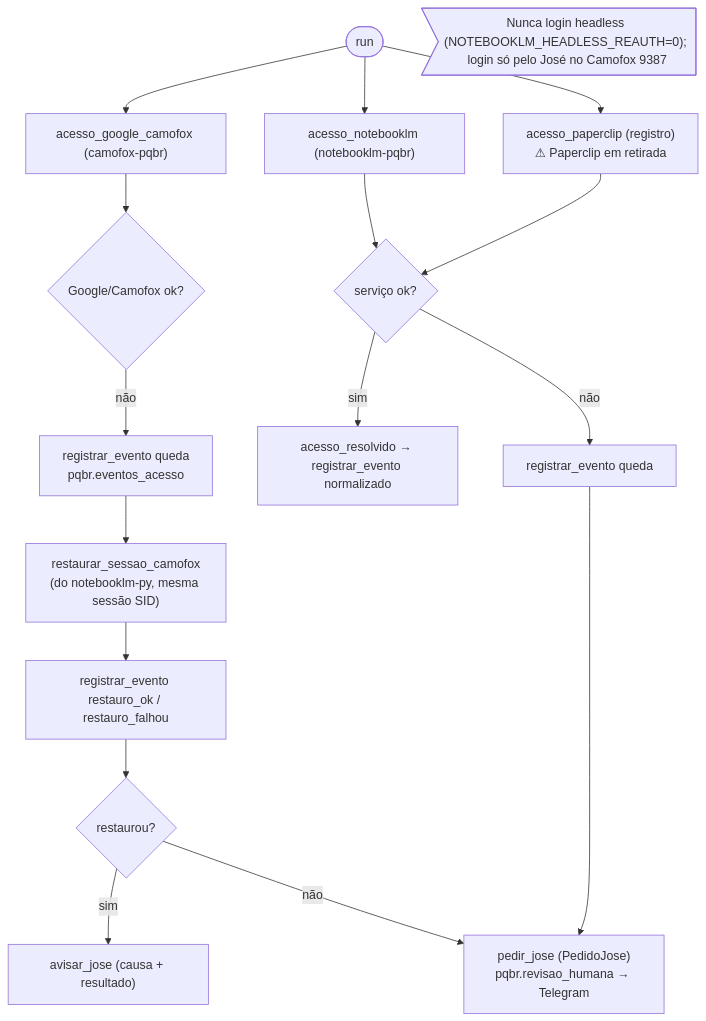
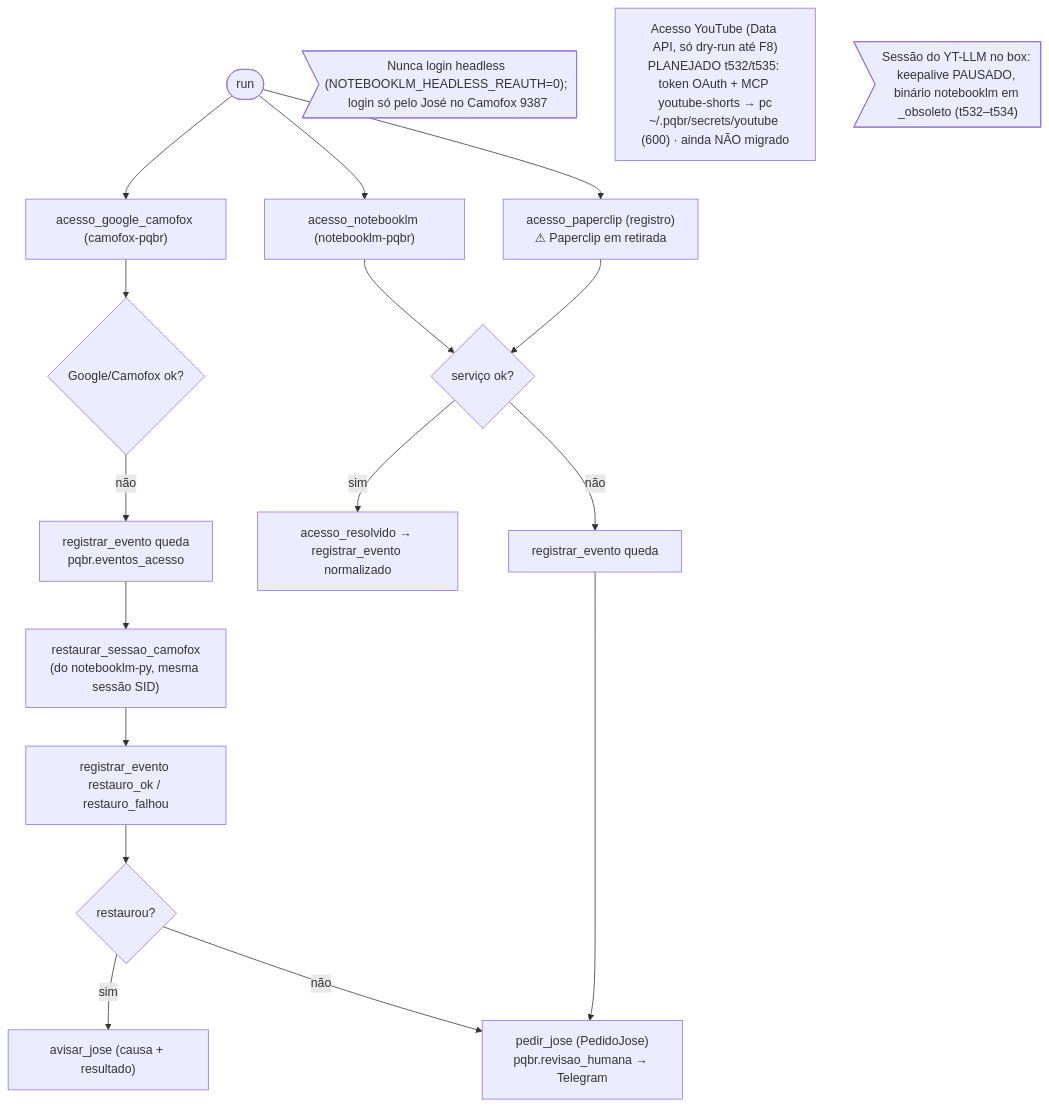
One commit to jvmendesjr/PQBR changed the diagram in docs/mapa/03-acessos.mmd. Above: the diagram before and after it, drawn with Mermaid. The commit also changed 6 other files, not shown here.

```diff
--- a/docs/mapa/03-acessos.mmd
+++ b/docs/mapa/03-acessos.mmd
@@ -1,14 +1,16 @@
 %% AcessosWorkflow (src/pqbr/workflows/acesso.py) — Schedule de hora em hora (hh:10). Gerado do código 24/10/2026.
 flowchart TD
   S(["run"]) --> A1["acesso_google_camofox (camofox-pqbr)"] & A2["acesso_notebooklm (notebooklm-pqbr)"] & A3["acesso_paperclip (registro)<br/>⚠ Paperclip em retirada"]
   A1 --> D1{"Google/Camofox ok?"}
   D1 -- não --> R1["registrar_evento queda<br/>pqbr.eventos_acesso"]
   R1 --> R2["restaurar_sessao_camofox<br/>(do notebooklm-py, mesma sessão SID)"]
   R2 --> R3["registrar_evento restauro_ok / restauro_falhou"]
   R3 --> D2{"restaurou?"}
   D2 -- sim --> AV["avisar_jose (causa + resultado)"]
   D2 -- não --> PJ
   A2 & A3 --> D3{"serviço ok?"}
   D3 -- sim --> RS["acesso_resolvido → registrar_evento normalizado"]
   D3 -- não --> RQ["registrar_evento queda"] --> PJ["pedir_jose (PedidoJose)<br/>pqbr.revisao_humana → Telegram"]
   N>"Nunca login headless (NOTEBOOKLM_HEADLESS_REAUTH=0); login só pelo José no Camofox 9387"]
+  YT["Acesso YouTube (Data API, só dry-run até F8)<br/>PLANEJADO t532/t535: token OAuth + MCP youtube-shorts → pc<br/>~/.pqbr/secrets/youtube (600) · ainda NÃO migrado"]
+  N2>"Sessão do YT-LLM no box: keepalive PAUSADO, binário notebooklm em _obsoleto (t532–t534)"]
```
